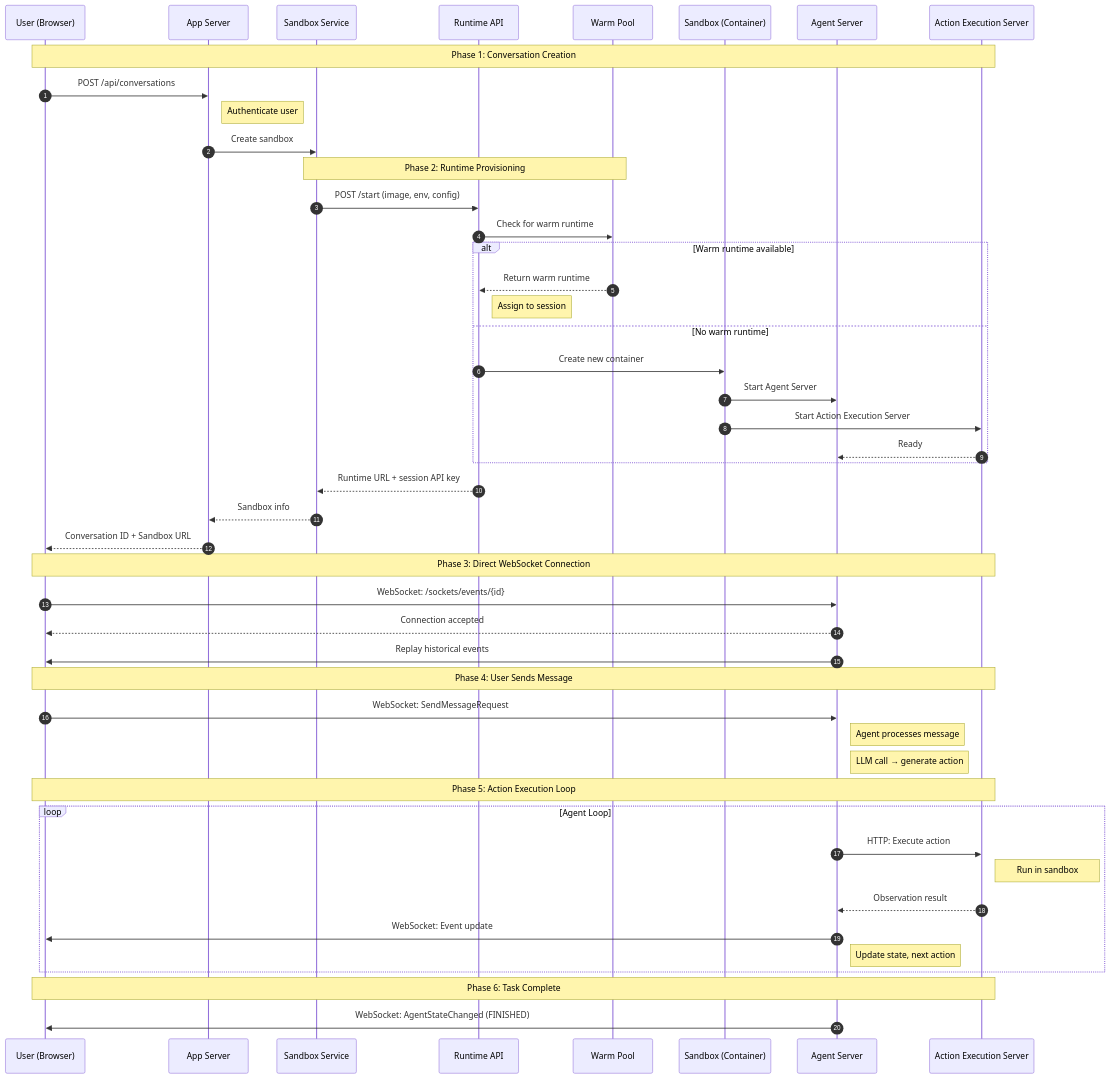
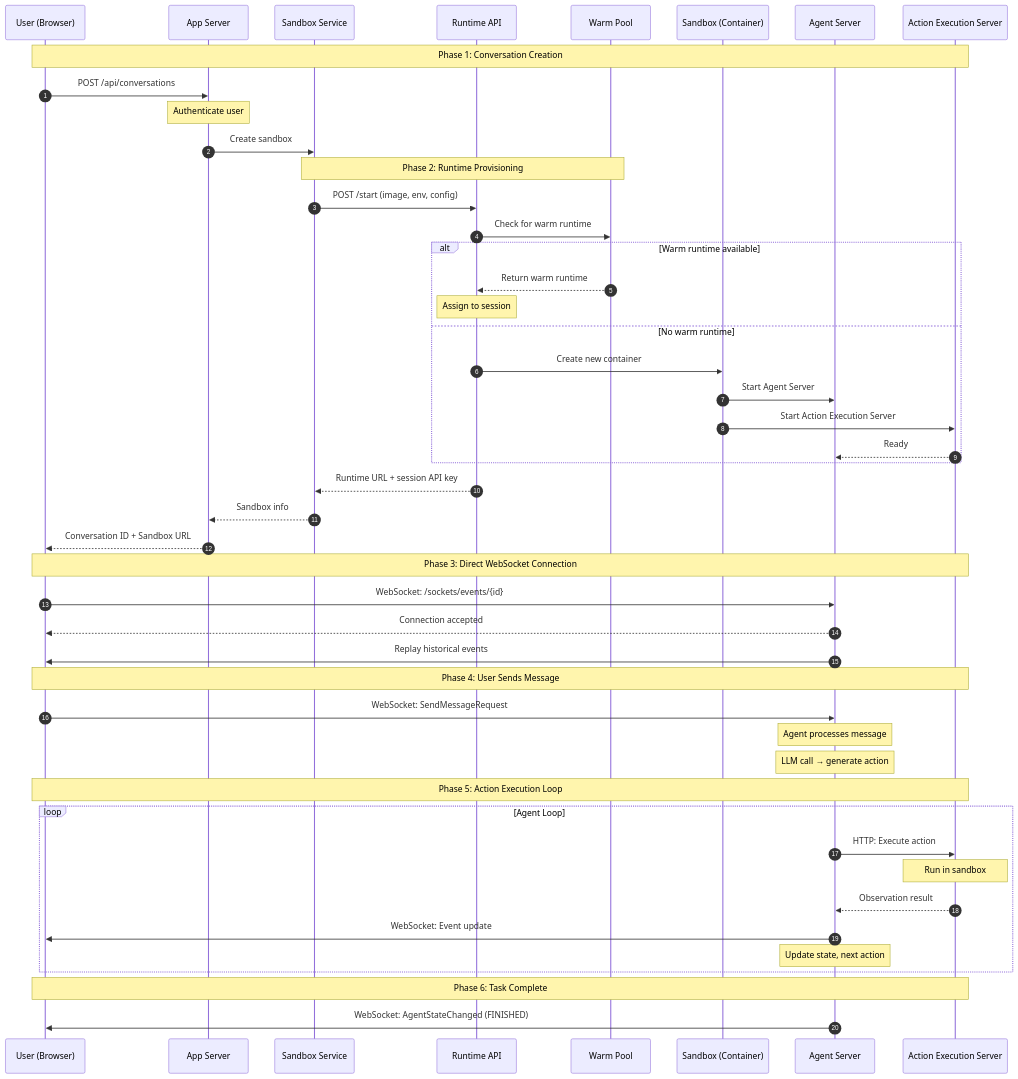
Before and after one commit to huangkevin-apr/OpenHands: the diagram in openhands/architecture/conversation-startup.md, drawn with Mermaid. The commit also changed 3 other files, not shown here.

````diff
--- a/openhands/architecture/conversation-startup.md
+++ b/openhands/architecture/conversation-startup.md
@@ -5,55 +5,55 @@
 ```mermaid
 sequenceDiagram
     autonumber
     participant User as User (Browser)
     participant App as App Server
     participant SS as Sandbox Service
     participant RAPI as Runtime API
     participant Pool as Warm Pool
     participant Sandbox as Sandbox (Container)
     participant AS as Agent Server
     participant AES as Action Execution Server
 
     Note over User,AES: Phase 1: Conversation Creation
     User->>App: POST /api/conversations
-    Note right of App: Authenticate user
+    Note over App: Authenticate user
     App->>SS: Create sandbox
 
     Note over SS,Pool: Phase 2: Runtime Provisioning
     SS->>RAPI: POST /start (image, env, config)
     RAPI->>Pool: Check for warm runtime
     alt Warm runtime available
         Pool-->>RAPI: Return warm runtime
-        Note right of RAPI: Assign to session
+        Note over RAPI: Assign to session
     else No warm runtime
         RAPI->>Sandbox: Create new container
         Sandbox->>AS: Start Agent Server
         Sandbox->>AES: Start Action Execution Server
         AES-->>AS: Ready
     end
     RAPI-->>SS: Runtime URL + session API key
     SS-->>App: Sandbox info
     App-->>User: Conversation ID + Sandbox URL
 
     Note over User,AES: Phase 3: Direct WebSocket Connection
     User->>AS: WebSocket: /sockets/events/{id}
     AS-->>User: Connection accepted
     AS->>User: Replay historical events
 
     Note over User,AES: Phase 4: User Sends Message
     User->>AS: WebSocket: SendMessageRequest
-    Note right of AS: Agent processes message
-    Note right of AS: LLM call → generate action
+    Note over AS: Agent processes message
+    Note over AS: LLM call → generate action
 
     Note over User,AES: Phase 5: Action Execution Loop
     loop Agent Loop
         AS->>AES: HTTP: Execute action
-        Note right of AES: Run in sandbox
+        Note over AES: Run in sandbox
         AES-->>AS: Observation result
         AS->>User: WebSocket: Event update
-        Note right of AS: Update state, next action
+        Note over AS: Update state, next action
     end
 
     Note over User,AES: Phase 6: Task Complete
     AS->>User: WebSocket: AgentStateChanged (FINISHED)
 ```
````
